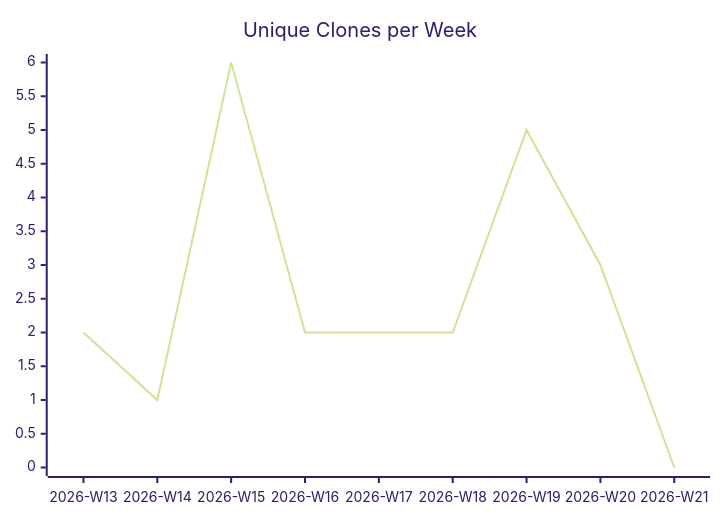
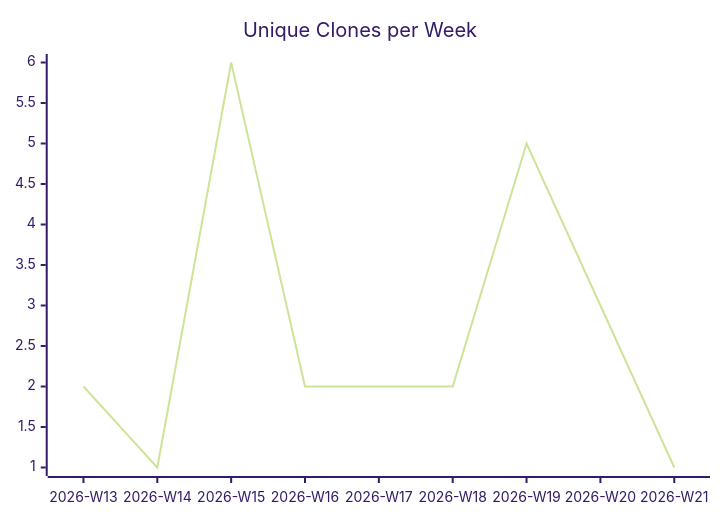
Before and after one commit to justdavis-family/github-analytics-data: the third of 3 diagrams in karlmdavis/m2e-core/README.md, drawn with Mermaid (forest theme). The commit also changed other lines of this file and 189 other files, not shown here.

````diff
--- a/karlmdavis/m2e-core/README.md
+++ b/karlmdavis/m2e-core/README.md
@@ -19,6 +19,6 @@
 ```mermaid
 xychart-beta
   title "Unique Clones per Week"
   x-axis ["2026-W13", "2026-W14", "2026-W15", "2026-W16", "2026-W17", "2026-W18", "2026-W19", "2026-W20", "2026-W21"]
-  line [2, 1, 6, 2, 2, 2, 5, 3, 0]
+  line [2, 1, 6, 2, 2, 2, 5, 3, 1]
 ```
````
